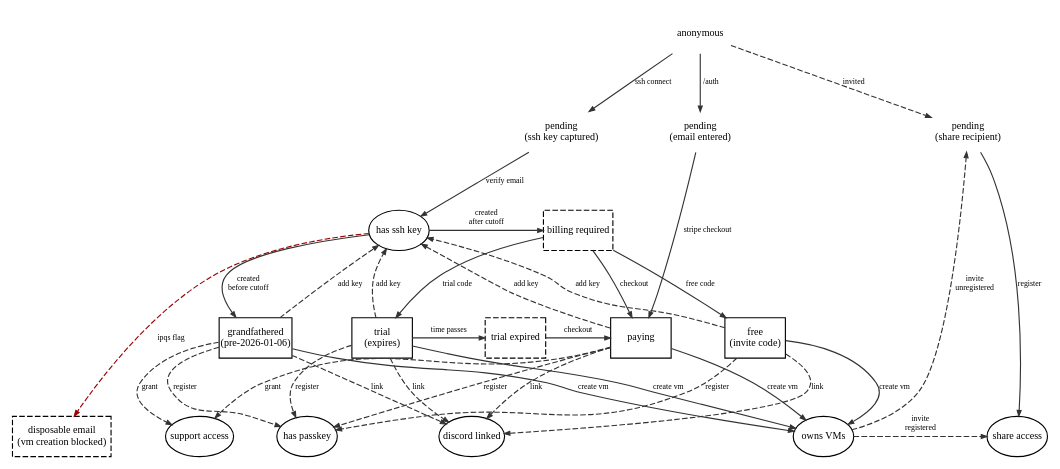
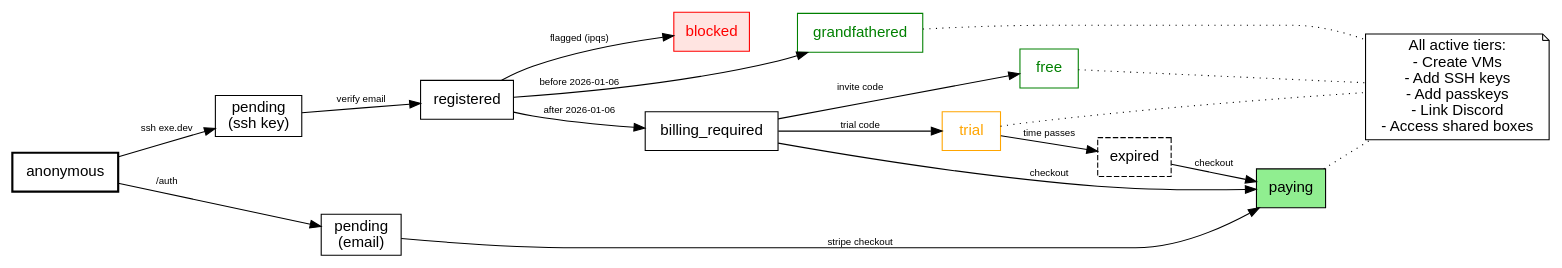
Before and after one commit to boldsoftware/exe.dev: the diagram in docs/user-states.dot, drawn with Graphviz. The commit also changed 1 other file, not shown here.

Commit message:
docs: redesign user state diagram in Minard style
Replace the graphviz box-and-arrow diagram with a hand-crafted SVG
inspired by Charles Minard's Napoleon's March (1869).

The new visualization shows user journeys as flowing bands where
width represents relative volume. This tells the story of how users
progress from anonymous visitor to active account, with branches
showing the billing gate, trial paths, and blocked states.

Color encoding:
  - Tan: users in progress
  - Green: active (grandfathered, paying, free)
  - Gold: trial
  - Dark: blocked or expired

The .dot file is retained as state machine documentation but no
longer generates the SVG.

```diff
--- a/docs/user-states.dot
+++ b/docs/user-states.dot
@@ -1,135 +1,66 @@
+// ==========================================================================
+// USER STATE DIAGRAM - exe.dev (Reference Only)
+// ==========================================================================
+//
+// NOTE: The SVG (user-states.svg) is now hand-crafted in Minard style.
+// This .dot file documents the state machine but does not generate the SVG.
+//
+// The visualization uses flowing bands where width represents user volume,
+// inspired by Charles Minard's Napoleon's March (1869).
+//
+// To edit the diagram, modify user-states.svg directly.
+//
+// ==========================================================================
+
 digraph UserStates {
-    // Tufte principles: maximize data-ink ratio, eliminate chartjunk
-    // Every stroke must carry meaning
+    // Reference graph showing the state machine logic
+    rankdir=LR;
+    node [shape=box fontname="Helvetica"];
+    edge [fontname="Helvetica" fontsize=9];
 
-    graph [
-        rankdir=TB
-        fontname="Palatino"
-        fontsize=10
-        bgcolor=white
-        margin=0.5
-        nodesep=0.4
-        ranksep=0.6
-        splines=true
-    ];
+    // Entry points
+    anonymous [style=bold];
 
-    node [
-        fontname="Palatino"
-        fontsize=9
-        shape=plaintext
-        margin=0
-    ];
+    // SSH registration path
+    anonymous -> pending_ssh [label="ssh exe.dev"];
+    pending_ssh [label="pending\n(ssh key)"];
+    pending_ssh -> registered [label="verify email"];
 
-    edge [
-        fontname="Palatino"
-        fontsize=7
-        arrowsize=0.5
-        color="#333333"
-    ];
-
-    //==========================================================================
-    // STATES
-    // Shape encodes category:
-    //   plaintext = transient/pre-registration
-    //   box = registered user state
-    //   ellipse = action/capability state
-    //==========================================================================
-
-    // Pre-registration (plaintext - they don't exist yet)
-    anonymous [label="anonymous"];
-    pending_ssh [label="pending\n(ssh key captured)"];
-    pending_web [label="pending\n(email entered)"];
-    pending_share [label="pending\n(share recipient)"];
-
-    // Billing states (box - core user identity)
-    grandfathered [label="grandfathered\n(pre-2026-01-06)" shape=box];
-    trial [label="trial\n(expires)" shape=box];
-    free [label="free\n(invite code)" shape=box];
-    paying [label="paying" shape=box];
-    billing_required [label="billing required" shape=box style=dashed];
-    trial_expired [label="trial expired" shape=box style=dashed];
-
-    // Capabilities (ellipse - what user can do)
-    has_ssh_key [label="has ssh key" shape=ellipse];
-    has_passkey [label="has passkey" shape=ellipse];
-    has_discord [label="discord linked" shape=ellipse];
-    has_vms [label="owns VMs" shape=ellipse];
-    has_share_access [label="share access" shape=ellipse];
-    support [label="support access" shape=ellipse];
-
-    // Blocked (dashed box - restricted)
-    disposable [label="disposable email\n(vm creation blocked)" shape=box style=dashed];
-
-    //==========================================================================
-    // REGISTRATION PATHS
-    // Solid = primary path, dashed = secondary/rare
-    //==========================================================================
-
-    // SSH registration
-    anonymous -> pending_ssh [label="ssh connect"];
-    pending_ssh -> has_ssh_key [label="verify email"];
-
-    // Web registration (billing-first)
+    // Web registration path (billing-first)
     anonymous -> pending_web [label="/auth"];
+    pending_web [label="pending\n(email)"];
     pending_web -> paying [label="stripe checkout"];
 
-    // Share invitation
-    anonymous -> pending_share [label="invited" style=dashed];
-    pending_share -> has_share_access [label="register"];
+    // Note: Box sharing is a per-box capability, not a user state.
+    // Invited users go through /auth and billing like anyone else.
+    // Their pending shares are resolved upon registration.
 
-    //==========================================================================
-    // BILLING TRANSITIONS
-    // From ssh registration, billing state depends on creation date
-    //==========================================================================
+    // Billing gate (SSH path only)
+    registered -> grandfathered [label="before 2026-01-06"];
+    registered -> billing_required [label="after 2026-01-06"];
+    registered -> blocked [label="flagged (ipqs)"];
 
-    has_ssh_key -> grandfathered [label="created\nbefore cutoff"];
-    has_ssh_key -> billing_required [label="created\nafter cutoff"];
-
+    // Billing resolution
     billing_required -> paying [label="checkout"];
     billing_required -> trial [label="trial code"];
-    billing_required -> free [label="free code"];
+    billing_required -> free [label="invite code"];
 
-    trial -> trial_expired [label="time passes"];
-    trial_expired -> paying [label="checkout"];
+    // Trial lifecycle
+    trial -> expired [label="time passes"];
+    expired -> paying [label="checkout"];
 
-    //==========================================================================
-    // CAPABILITY ADDITIONS
-    // Users accumulate capabilities; these are additive, not exclusive
-    //==========================================================================
+    // Final states
+    grandfathered [color=green fontcolor=green];
+    paying [style=filled fillcolor=lightgreen];
+    free [color=green fontcolor=green];
+    trial [color=orange fontcolor=orange];
+    expired [style=dashed];
+    blocked [style=filled fillcolor=mistyrose color=red fontcolor=red];
 
-    // Any billing-valid user can add auth methods
-    {grandfathered paying trial free} -> has_ssh_key [label="add key" style=dashed];
-    {grandfathered paying trial free} -> has_passkey [label="register" style=dashed];
-    {grandfathered paying trial free} -> has_discord [label="link" style=dashed];
-
-    // VM creation requires valid billing
-    {grandfathered paying trial free} -> has_vms [label="create vm"];
-
-    // Support access granted manually
-    {grandfathered paying} -> support [label="grant" style=dashed];
-
-    //==========================================================================
-    // SHARING
-    //==========================================================================
-
-    has_vms -> pending_share [label="invite\nunregistered" style=dashed];
-    has_vms -> has_share_access [label="invite\nregistered" style=dashed];
-
-    //==========================================================================
-    // RESTRICTIONS
-    // Red/dashed = blocking transition
-    //==========================================================================
-
-    has_ssh_key -> disposable [label="ipqs flag" color="#990000" style=dashed];
-
-    //==========================================================================
-    // LAYOUT HINTS
-    //==========================================================================
-
-    {rank=same; anonymous}
-    {rank=same; pending_ssh pending_web pending_share}
-    {rank=same; has_ssh_key billing_required}
-    {rank=same; grandfathered paying trial free trial_expired}
-    {rank=same; has_vms has_passkey has_discord has_share_access}
-    {rank=same; disposable support}
+    // Capabilities note
+    capabilities [shape=note label="All active tiers:\n- Create VMs\n- Add SSH keys\n- Add passkeys\n- Link Discord\n- Access shared boxes"];
+    grandfathered -> capabilities [style=dotted arrowhead=none];
+    paying -> capabilities [style=dotted arrowhead=none];
+    trial -> capabilities [style=dotted arrowhead=none];
+    free -> capabilities [style=dotted arrowhead=none];
 }
```
